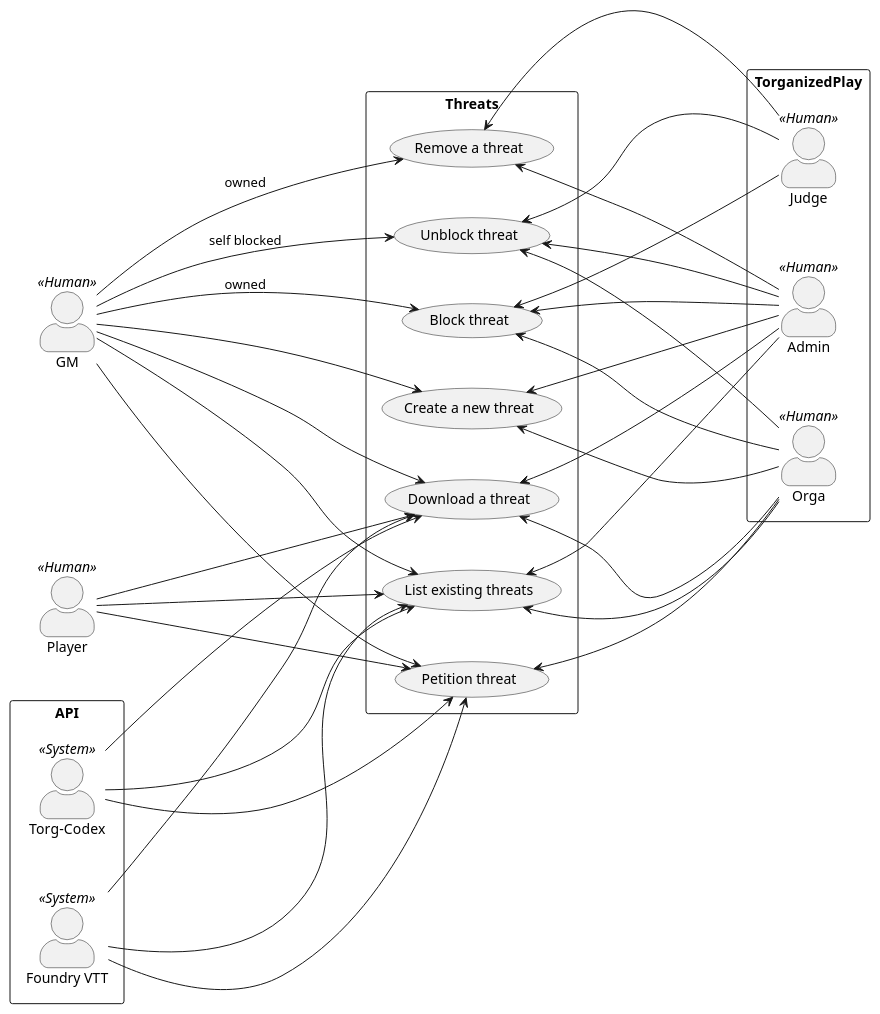
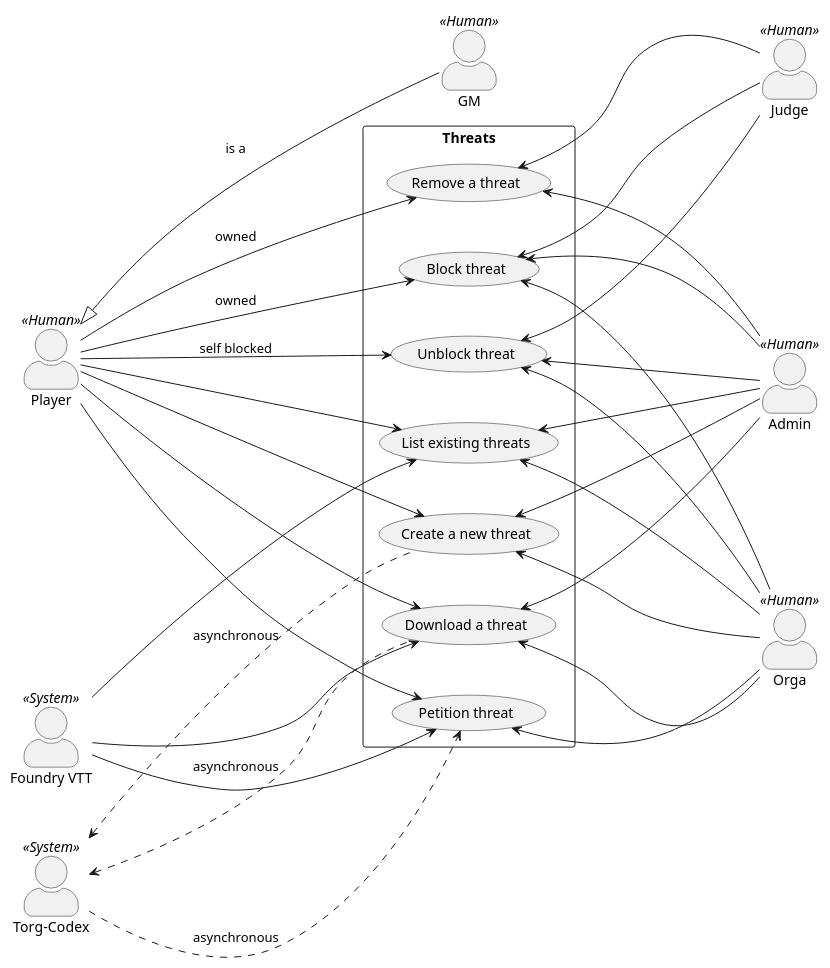
Before and after one commit to Paladins-Inn/torganized-play-architecture: the diagram in src/main/docs/architecture/modules/arc42/pages/03_system_scope_and_context/threats.adoc, drawn with PlantUML. The commit also changed 8 other files, not shown here.

Commit message:
Made the UML use case diagrams more readable and fleshed out the torg-codes one.

```diff
--- a/src/main/docs/architecture/modules/arc42/pages/03_system_scope_and_context/threats.adoc
+++ b/src/main/docs/architecture/modules/arc42/pages/03_system_scope_and_context/threats.adoc
@@ -5,70 +5,65 @@
 [plantuml,business-context-threats,svg]
 ....
 @startuml
 left to right direction
 skinparam actorStyle awesome
 skinparam nodesep 50
 skinparam ranksep 200
 
 Player as user << Human >>
 GM as gm << Human >>
+Judge as judge << Human >>
+Orga as orga << Human >>
+Admin as admin << Human >>
 
-rectangle API {
-    :Foundry VTT: as foundryVTT << System >>
-    :Torg-Codex: as torgCodex << System >>
-}
+user <|-- gm : is a
+
+:Foundry VTT: as foundryVTT << System >>
+:Torg-Codex: as torgCodex << System >>
 
 rectangle Threats {
     usecase "Create a new threat" as cthreat
     usecase "Remove a threat" as cremove
 
     usecase "Petition threat" as pthreat
     usecase "Block threat" as cblock
     usecase "Unblock threat" as cunblock
 
     usecase "List existing threats" as clist
     usecase "Download a threat" as cdown
 }
 
-rectangle TorganizedPlay {
-    Judge as judge << Human >>
-    Orga as orga << Human >>
-    Admin as admin << Human >>
-}
 
 user --> clist
 user --> cdown
 user --> pthreat
+user --> cblock : owned
+user --> cunblock : self blocked
+user --> cthreat
+user --> cremove : owned
 
-gm --> cthreat
-gm --> cremove : owned
-gm --> clist
-gm --> cblock : owned
-gm --> cunblock : self blocked
-gm --> cdown
-gm --> pthreat
 cthreat <-- orga
 clist <-- orga
 cdown <-- orga
 cblock <-- orga
 cunblock <-- orga
 pthreat <-- orga
 cblock <-- judge
 cunblock <-- judge
 cremove <-- judge
 cthreat <-- admin
 cremove <-- admin
 clist <-- admin
 cdown <-- admin
 cblock <-- admin
 cunblock <-- admin
 
+foundryVTT --> pthreat
 foundryVTT --> clist
 foundryVTT --> cdown
-foundryVTT --> pthreat
-torgCodex --> clist
-torgCodex --> cdown
-torgCodex --> pthreat
+torgCodex <.. cdown : asynchronous
+torgCodex ..> pthreat : asynchronous
+torgCodex <.. cthreat : asynchronous
 
 @enduml
 ....
```
